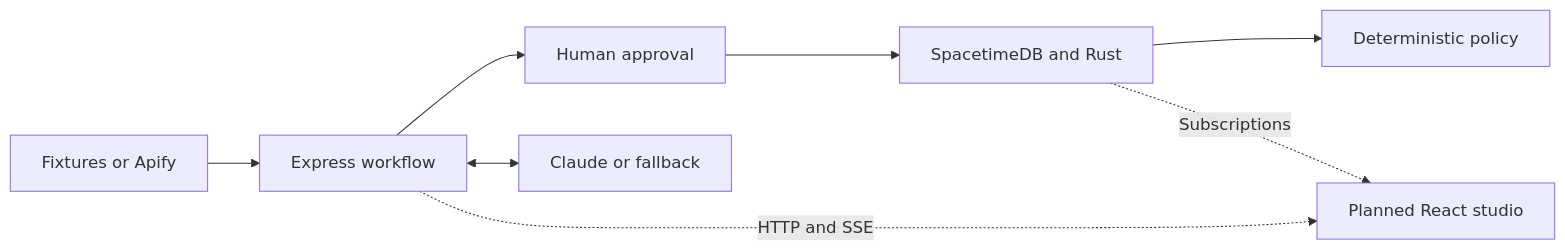
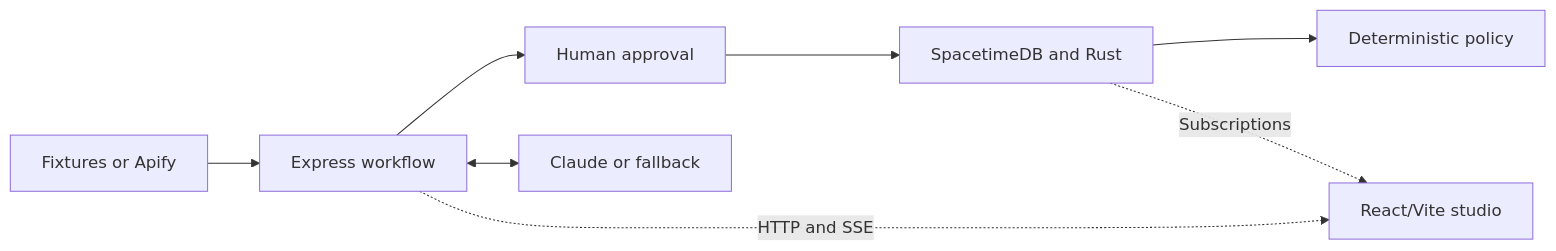
One commit to AaronTehWJ/crowdtwin changed the diagram in README.md. Above: the diagram before and after it, drawn with Mermaid. The commit also changed other lines of this file and 2 other files, not shown here.

First line of the commit message:
Document delivered studio and add measured demo script

````diff
--- a/README.md
+++ b/README.md
@@ -62,10 +81,10 @@
 ```mermaid
 flowchart LR
   Intake[Fixtures or Apify] --> API[Express workflow]
   API --> Gate[Human approval]
   Gate --> DB[SpacetimeDB and Rust]
   DB --> Policy[Deterministic policy]
   API <--> Explain[Claude or fallback]
-  API -. HTTP and SSE .-> UI[Planned React studio]
+  API -. HTTP and SSE .-> UI[React/Vite studio]
   DB -. Subscriptions .-> UI
 ```
````
